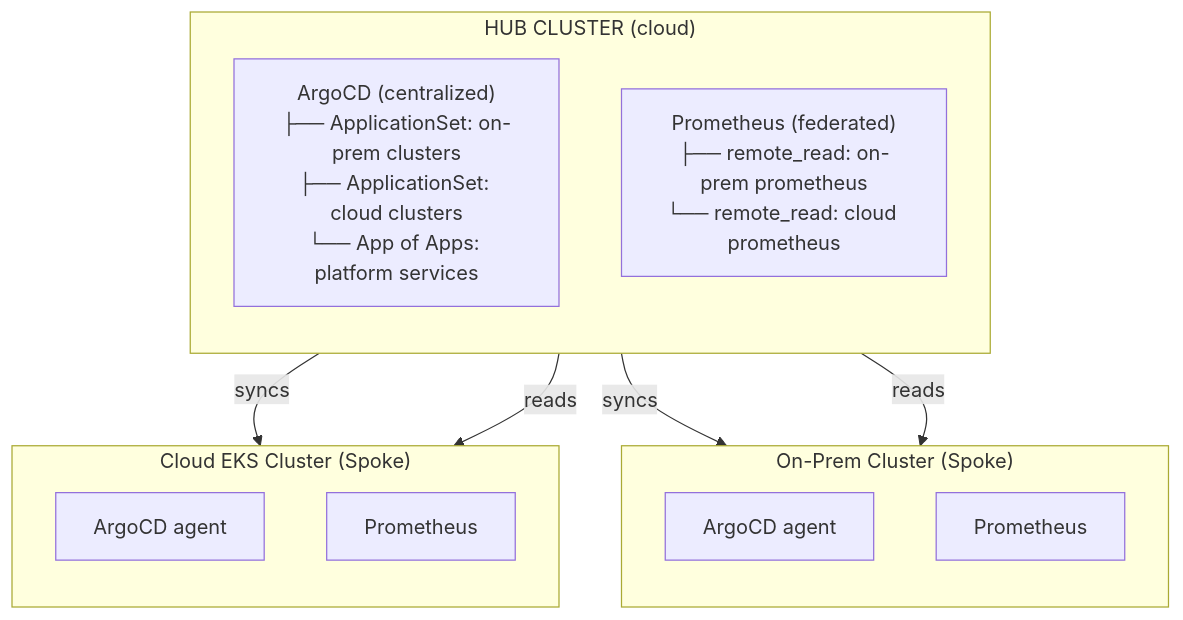
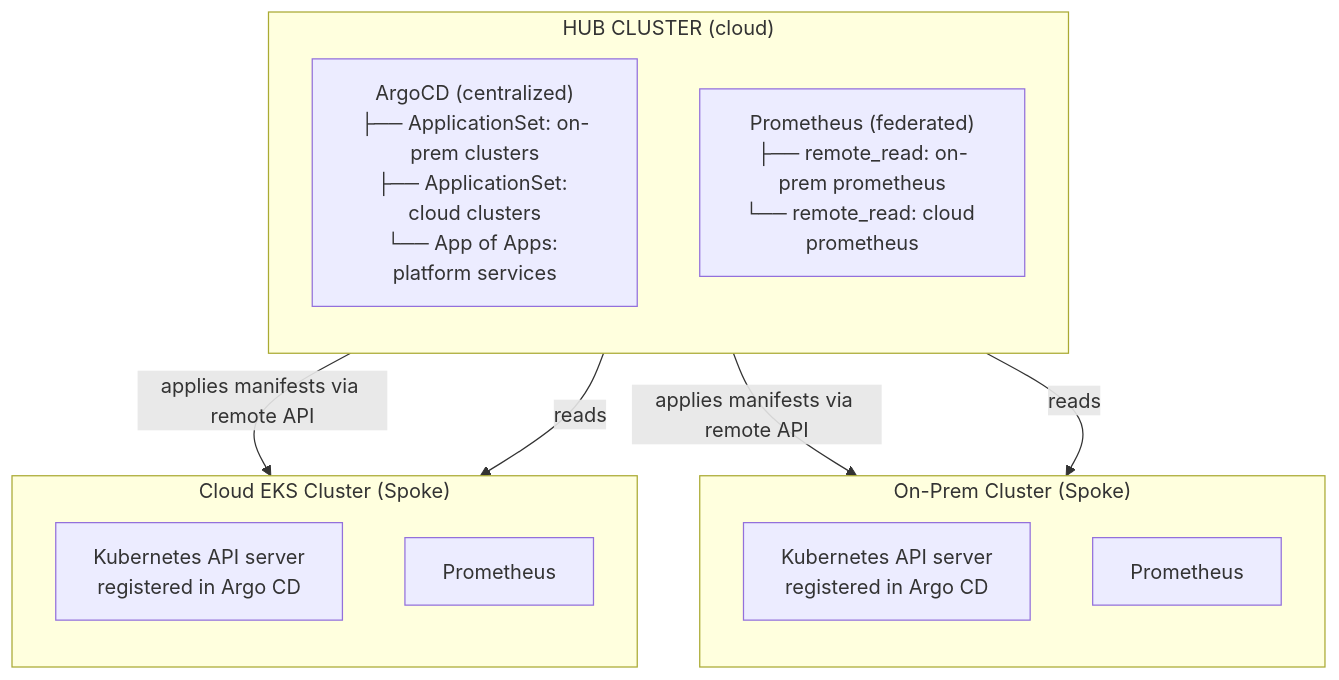
Before and after one commit to kube-dojo/kube-dojo: the seventh of 9 diagrams in src/content/docs/cloud/enterprise-hybrid/module-10.4-hybrid.md, drawn with Mermaid. The commit also changed other lines of this file, not shown here.

````diff
--- a/src/content/docs/cloud/enterprise-hybrid/module-10.4-hybrid.md
+++ b/src/content/docs/cloud/enterprise-hybrid/module-10.4-hybrid.md
@@ -625,25 +800,25 @@
 ```mermaid
 flowchart TD
     subgraph Hub["HUB CLUSTER (cloud)"]
         direction TB
         Argo["ArgoCD (centralized)<br>├── ApplicationSet: on-prem clusters<br>├── ApplicationSet: cloud clusters<br>└── App of Apps: platform services"]
         Prom["Prometheus (federated)<br>├── remote_read: on-prem prometheus<br>└── remote_read: cloud prometheus"]
     end
     
     subgraph Spoke1["On-Prem Cluster (Spoke)"]
         direction TB
-        Agent1["ArgoCD agent"]
+        API1["Kubernetes API server<br>registered in Argo CD"]
         Prom1["Prometheus"]
     end
     
     subgraph Spoke2["Cloud EKS Cluster (Spoke)"]
         direction TB
-        Agent2["ArgoCD agent"]
+        API2["Kubernetes API server<br>registered in Argo CD"]
         Prom2["Prometheus"]
     end
     
-    Argo -->|syncs| Agent1
-    Argo -->|syncs| Agent2
+    Argo -->|applies manifests via remote API| API1
+    Argo -->|applies manifests via remote API| API2
     Prom -->|reads| Prom1
     Prom -->|reads| Prom2
 ```
````
